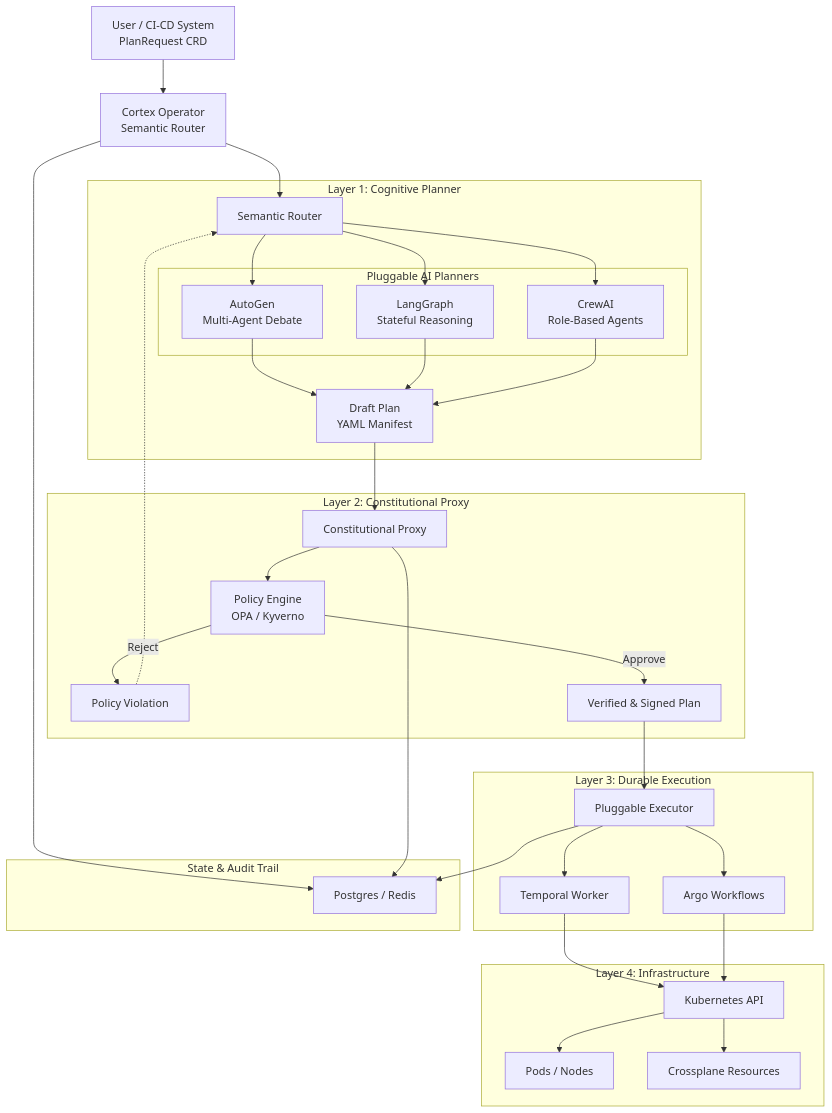
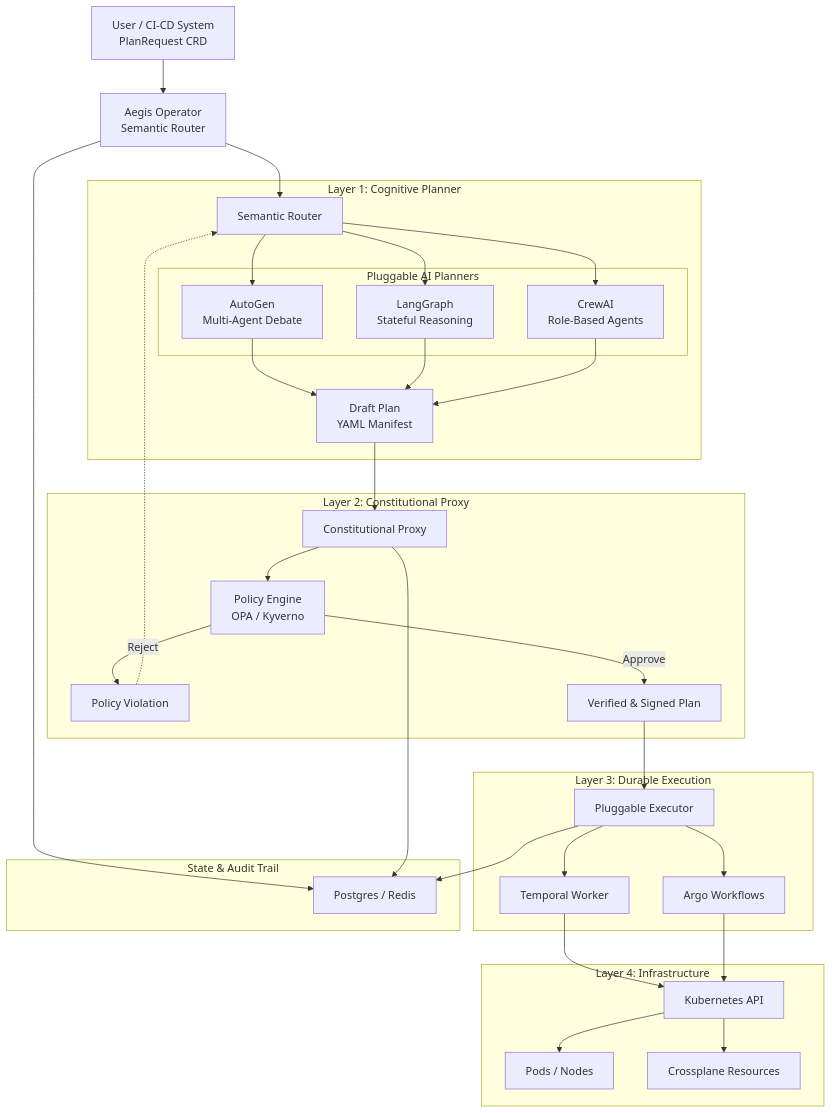
One commit to KGEmmanuel/KubeAegis changed the diagram in README.md. Above: the diagram before and after it, drawn with Mermaid. The commit also changed other lines of this file and 17 other files, not shown here.

````diff
--- a/README.md
+++ b/README.md
@@ -22,71 +22,71 @@
 ```mermaid
 flowchart TB
 
     User["User / CI-CD System\nPlanRequest CRD"]
-    Operator["Cortex Operator\nSemantic Router"]
+    Operator["Aegis Operator\nSemantic Router"]
 
     User --> Operator
 
     subgraph L1[Layer 1: Cognitive Planner]
         Router["Semantic Router"]
 
         subgraph Agents[Pluggable AI Planners]
             AutoGen["AutoGen\nMulti-Agent Debate"]
             LangGraph["LangGraph\nStateful Reasoning"]
             CrewAI["CrewAI\nRole-Based Agents"]
         end
 
         Draft["Draft Plan\nYAML Manifest"]
     end
 
     Operator --> Router
     Router --> AutoGen
     Router --> LangGraph
     Router --> CrewAI
 
     AutoGen --> Draft
     LangGraph --> Draft
     CrewAI --> Draft
 
     subgraph L2[Layer 2: Constitutional Proxy]
         Proxy["Constitutional Proxy"]
         Policy["Policy Engine\nOPA / Kyverno"]
         Reject["Policy Violation"]
         Sign["Verified & Signed Plan"]
     end
 
     Draft --> Proxy
     Proxy --> Policy
     Policy -->|Reject| Reject
     Reject -.-> Router
     Policy -->|Approve| Sign
 
     subgraph L3[Layer 3: Durable Execution]
         Executor["Pluggable Executor"]
         Temporal["Temporal Worker"]
         Argo["Argo Workflows"]
     end
 
     Sign --> Executor
     Executor --> Temporal
     Executor --> Argo
 
     subgraph L4[Layer 4: Infrastructure]
         K8s["Kubernetes API"]
         Pods["Pods / Nodes"]
         Crossplane["Crossplane Resources"]
     end
 
     Temporal --> K8s
     Argo --> K8s
     K8s --> Pods
     K8s --> Crossplane
 
     subgraph Memory[State & Audit Trail]
         Store["Postgres / Redis"]
     end
 
     Operator --> Store
     Proxy --> Store
     Executor --> Store
 ```
````
